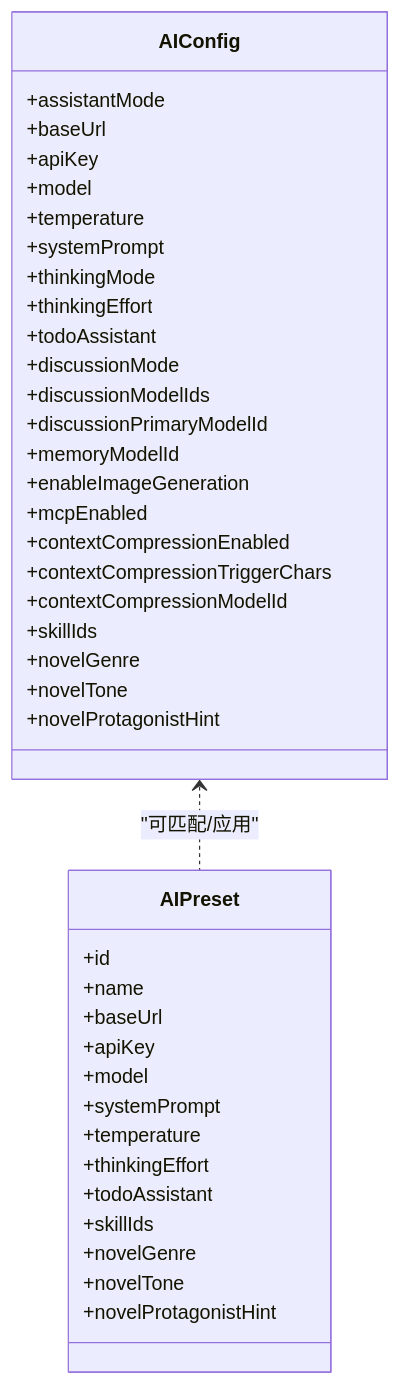
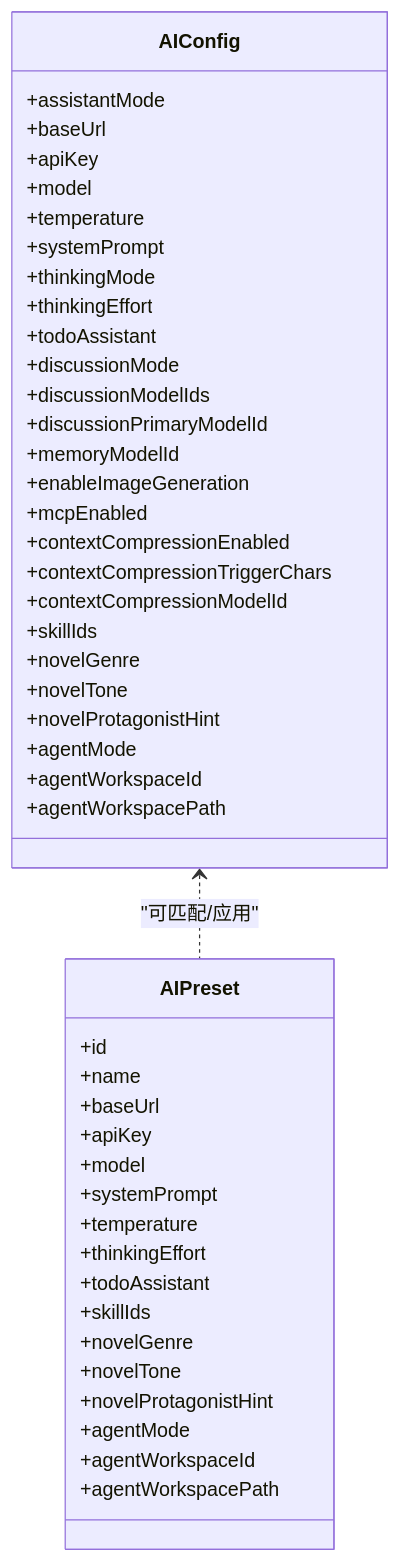
Before and after one commit to xixixiaoyu/Todo: the tenth of 20 diagrams in .qoder/repowiki/zh/content/核心模块/AI助手系统/AI助手系统.md, drawn with Mermaid. The commit also changed other lines of this file and 6 other files, not shown here.

````diff
--- a/.qoder/repowiki/zh/content/核心模块/AI助手系统/AI助手系统.md
+++ b/.qoder/repowiki/zh/content/核心模块/AI助手系统/AI助手系统.md
@@ -675,43 +795,49 @@
 ```mermaid
 classDiagram
 class AIConfig {
 +assistantMode
 +baseUrl
 +apiKey
 +model
 +temperature
 +systemPrompt
 +thinkingMode
 +thinkingEffort
 +todoAssistant
 +discussionMode
 +discussionModelIds
 +discussionPrimaryModelId
 +memoryModelId
 +enableImageGeneration
 +mcpEnabled
 +contextCompressionEnabled
 +contextCompressionTriggerChars
 +contextCompressionModelId
 +skillIds
 +novelGenre
 +novelTone
 +novelProtagonistHint
++agentMode
++agentWorkspaceId
++agentWorkspacePath
 }
 class AIPreset {
 +id
 +name
 +baseUrl
 +apiKey
 +model
 +systemPrompt
 +temperature
 +thinkingEffort
 +todoAssistant
 +skillIds
 +novelGenre
 +novelTone
 +novelProtagonistHint
++agentMode
++agentWorkspaceId
++agentWorkspacePath
 }
 AIConfig <.. AIPreset : "可匹配/应用"
 ```
````
